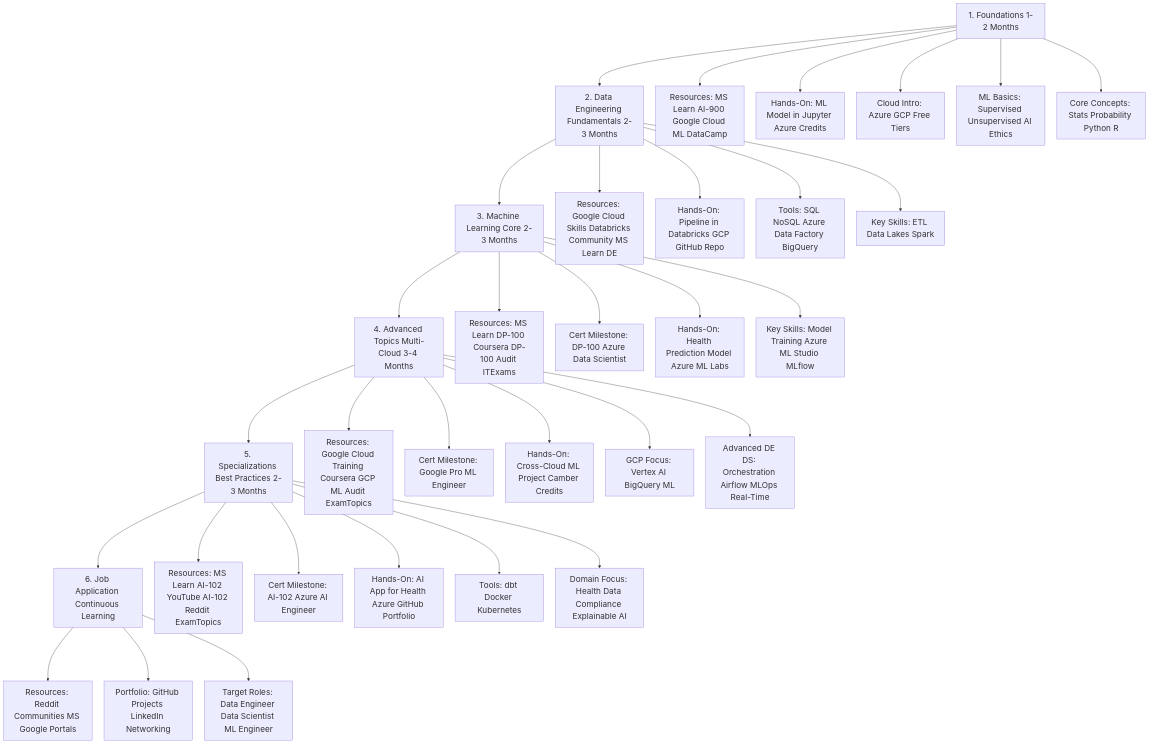
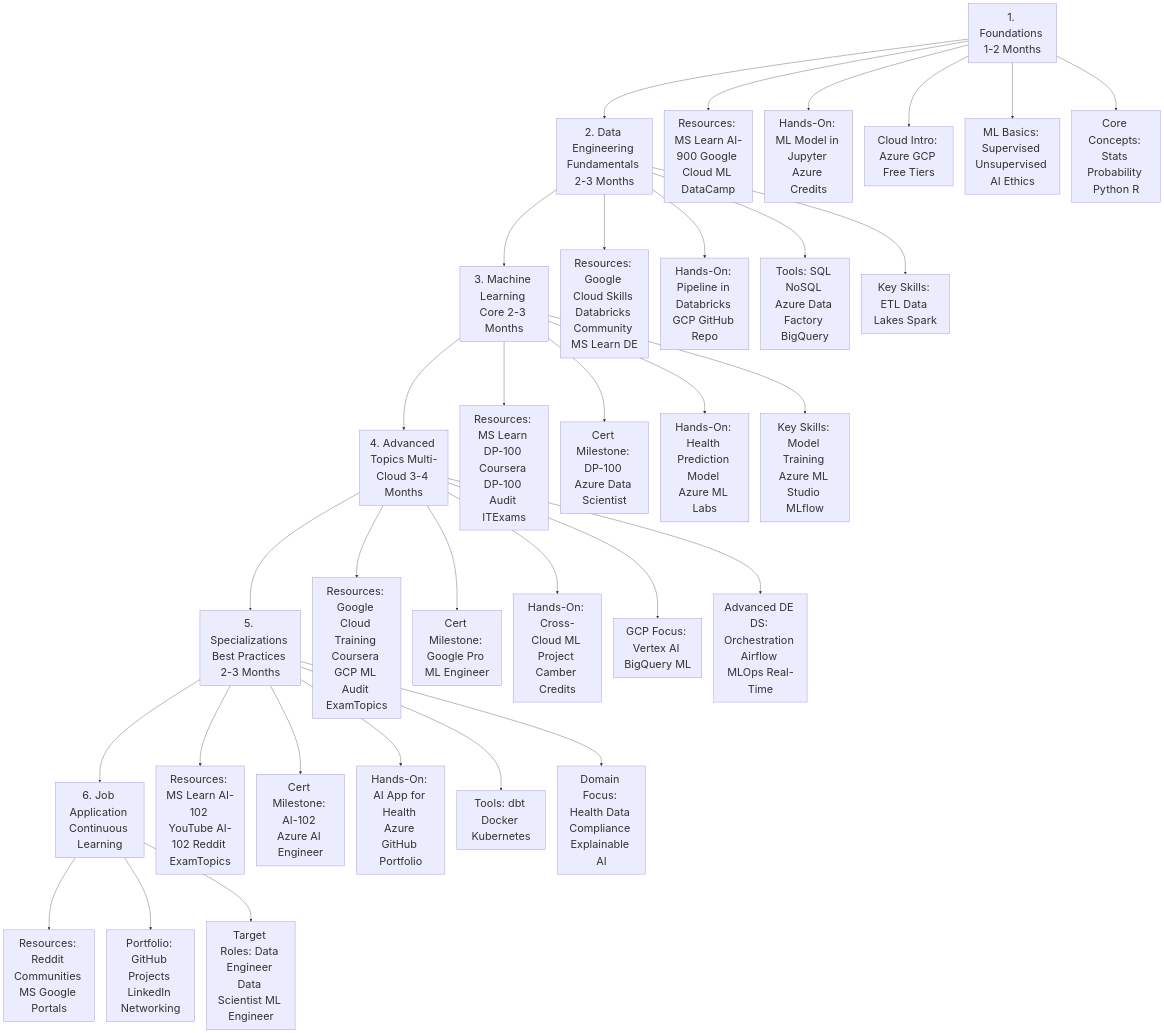
One commit to roijo/RoadmapDEng changed the diagram in RdMapv3.mmd. Above: the diagram before and after it, drawn with Mermaid.

Commit message:
Update font size in RdMapv3.mmd
Increased font size in flowchart initialization.

```diff
--- a/RdMapv3.mmd
+++ b/RdMapv3.mmd
@@ -1,41 +1,41 @@
-%%{init: {"flowchart": {"rankSpacing": 140, "nodeSpacing": 35}, "themeVariables": {"fontSize": "24px"}}}%%
+%%{init: {"flowchart": {"rankSpacing": 140, "nodeSpacing": 35}, "themeVariables": {"fontSize": "32px"}}}%%
 
 graph TD
     A[1. Foundations 1-2 Months] --> B[2. Data Engineering Fundamentals 2-3 Months]
     B --> C[3. Machine Learning Core 2-3 Months]
     C --> D[4. Advanced Topics Multi-Cloud 3-4 Months]
     D --> E[5. Specializations Best Practices 2-3 Months]
     E --> F[6. Job Application Continuous Learning]
 
     %% children order reversed compared to the original to produce a left-right mirrored layout while keeping TD (top-down)
     A --> A5[Resources: MS Learn AI-900 Google Cloud ML DataCamp]
     A --> A4[Hands-On: ML Model in Jupyter Azure Credits]
     A --> A3[Cloud Intro: Azure GCP Free Tiers]
     A --> A2[ML Basics: Supervised Unsupervised AI Ethics]
     A --> A1[Core Concepts: Stats Probability Python R]
 
     B --> B4[Resources: Google Cloud Skills Databricks Community MS Learn DE]
     B --> B3[Hands-On: Pipeline in Databricks GCP GitHub Repo]
     B --> B2[Tools: SQL NoSQL Azure Data Factory BigQuery]
     B --> B1[Key Skills: ETL Data Lakes Spark]
 
     C --> C4[Resources: MS Learn DP-100 Coursera DP-100 Audit ITExams]
     C --> C3[Cert Milestone: DP-100 Azure Data Scientist]
     C --> C2[Hands-On: Health Prediction Model Azure ML Labs]
     C --> C1[Key Skills: Model Training Azure ML Studio MLflow]
 
     D --> D5[Resources: Google Cloud Training Coursera GCP ML Audit ExamTopics]
     D --> D4[Cert Milestone: Google Pro ML Engineer]
     D --> D3[Hands-On: Cross-Cloud ML Project Camber Credits]
     D --> D2[GCP Focus: Vertex AI BigQuery ML]
     D --> D1[Advanced DE DS: Orchestration Airflow MLOps Real-Time]
 
     E --> E5[Resources: MS Learn AI-102 YouTube AI-102 Reddit ExamTopics]
     E --> E4[Cert Milestone: AI-102 Azure AI Engineer]
     E --> E3[Hands-On: AI App for Health Azure GitHub Portfolio]
     E --> E2[Tools: dbt Docker Kubernetes]
     E --> E1[Domain Focus: Health Data Compliance Explainable AI]
 
     F --> F3[Resources: Reddit Communities MS Google Portals]
     F --> F2[Portfolio: GitHub Projects LinkedIn Networking]
     F --> F1[Target Roles: Data Engineer Data Scientist ML Engineer]
```
